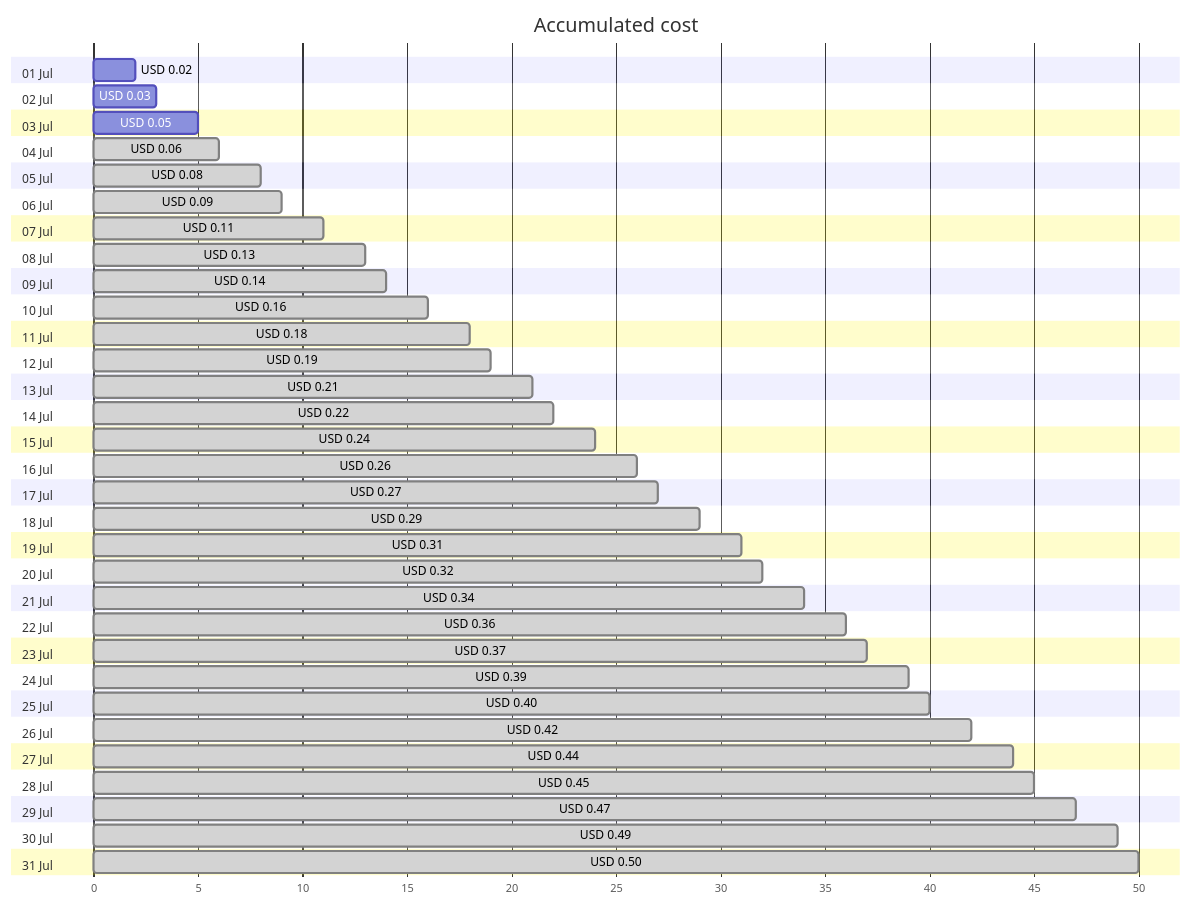
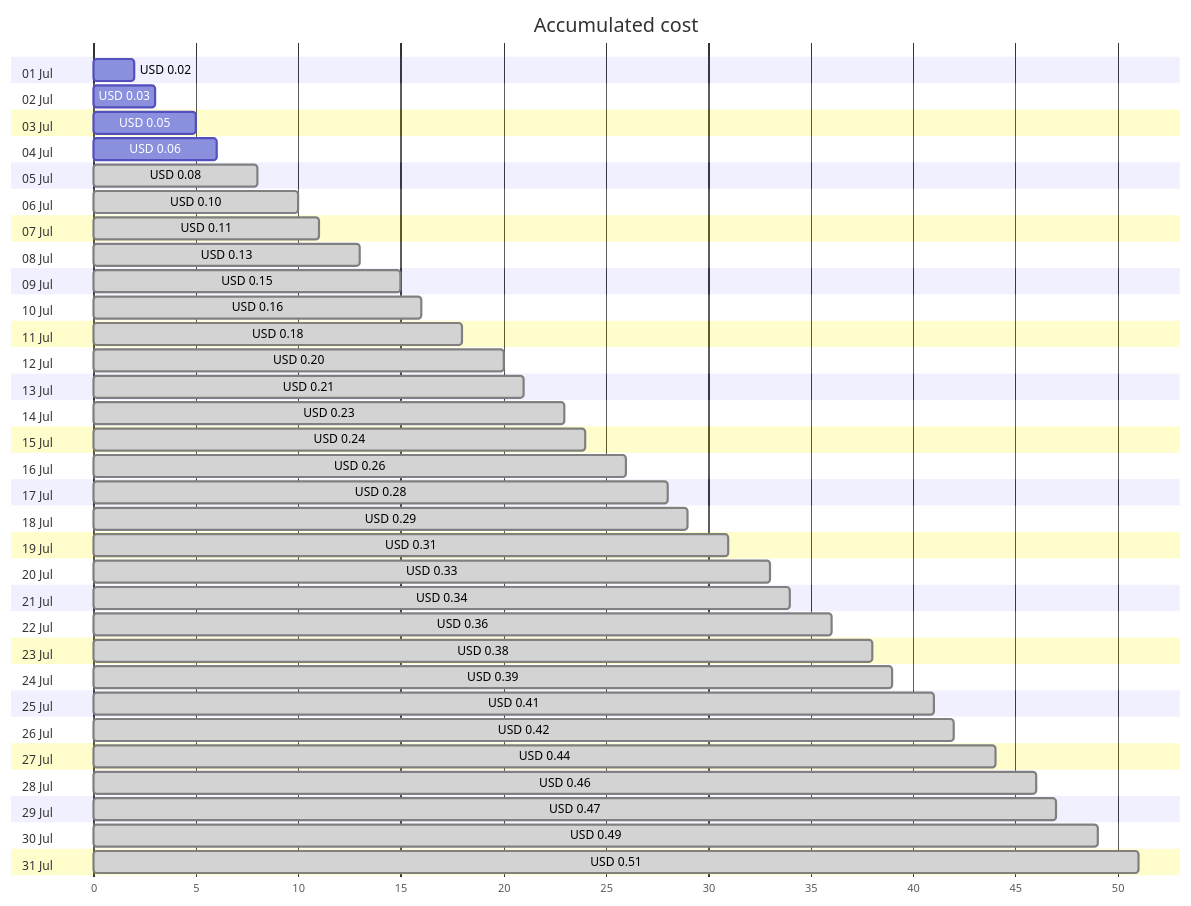
One commit to jpfulton/azure-personal-reports changed the first of 4 diagrams in cost-reports/personal-dns/jpatrickfulton.com.md. Above: the diagram before and after it, drawn with Mermaid. The commit also changed other lines of this file and 2 other files, not shown here.

Commit message:
Generated reports [skip ci]

````diff
--- a/cost-reports/personal-dns/jpatrickfulton.com.md
+++ b/cost-reports/personal-dns/jpatrickfulton.com.md
@@ -20,68 +20,68 @@
 ```mermaid
 gantt
    title Accumulated cost
    dateFormat  X
    axisFormat %s
    section 01 Jul
    USD 0.02 :0, 2
    section 02 Jul
    USD 0.03 :0, 3
    section 03 Jul
    USD 0.05 :0, 5
    section 04 Jul
-   USD 0.06 : done, 0, 6
+   USD 0.06 :0, 6
    section 05 Jul
    USD 0.08 : done, 0, 8
    section 06 Jul
-   USD 0.09 : done, 0, 9
+   USD 0.10 : done, 0, 10
    section 07 Jul
    USD 0.11 : done, 0, 11
    section 08 Jul
    USD 0.13 : done, 0, 13
    section 09 Jul
-   USD 0.14 : done, 0, 14
+   USD 0.15 : done, 0, 15
    section 10 Jul
    USD 0.16 : done, 0, 16
    section 11 Jul
    USD 0.18 : done, 0, 18
    section 12 Jul
-   USD 0.19 : done, 0, 19
+   USD 0.20 : done, 0, 20
    section 13 Jul
    USD 0.21 : done, 0, 21
    section 14 Jul
-   USD 0.22 : done, 0, 22
+   USD 0.23 : done, 0, 23
    section 15 Jul
    USD 0.24 : done, 0, 24
    section 16 Jul
    USD 0.26 : done, 0, 26
    section 17 Jul
-   USD 0.27 : done, 0, 27
+   USD 0.28 : done, 0, 28
    section 18 Jul
    USD 0.29 : done, 0, 29
    section 19 Jul
    USD 0.31 : done, 0, 31
    section 20 Jul
-   USD 0.32 : done, 0, 32
+   USD 0.33 : done, 0, 33
    section 21 Jul
    USD 0.34 : done, 0, 34
    section 22 Jul
    USD 0.36 : done, 0, 36
    section 23 Jul
-   USD 0.37 : done, 0, 37
+   USD 0.38 : done, 0, 38
    section 24 Jul
    USD 0.39 : done, 0, 39
    section 25 Jul
-   USD 0.40 : done, 0, 40
+   USD 0.41 : done, 0, 41
    section 26 Jul
    USD 0.42 : done, 0, 42
    section 27 Jul
    USD 0.44 : done, 0, 44
    section 28 Jul
-   USD 0.45 : done, 0, 45
+   USD 0.46 : done, 0, 46
    section 29 Jul
    USD 0.47 : done, 0, 47
    section 30 Jul
    USD 0.49 : done, 0, 49
    section 31 Jul
-   USD 0.50 : done, 0, 50
+   USD 0.51 : done, 0, 51
 ```
````
